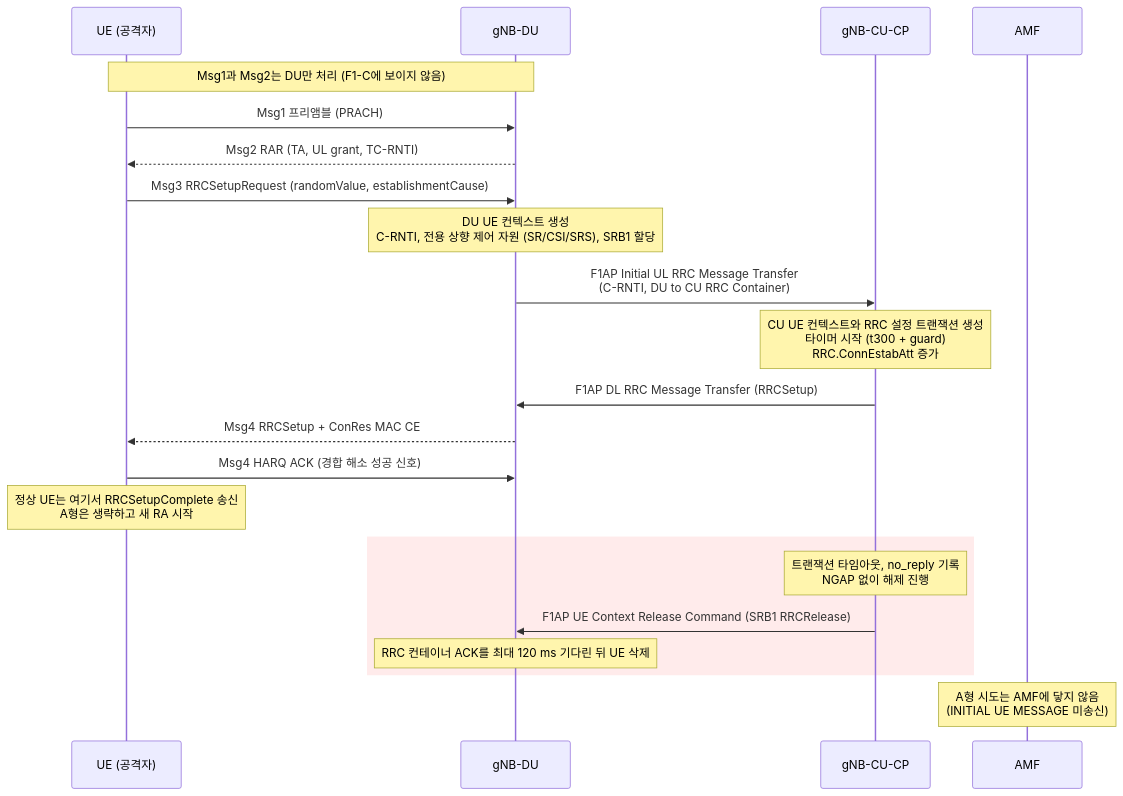
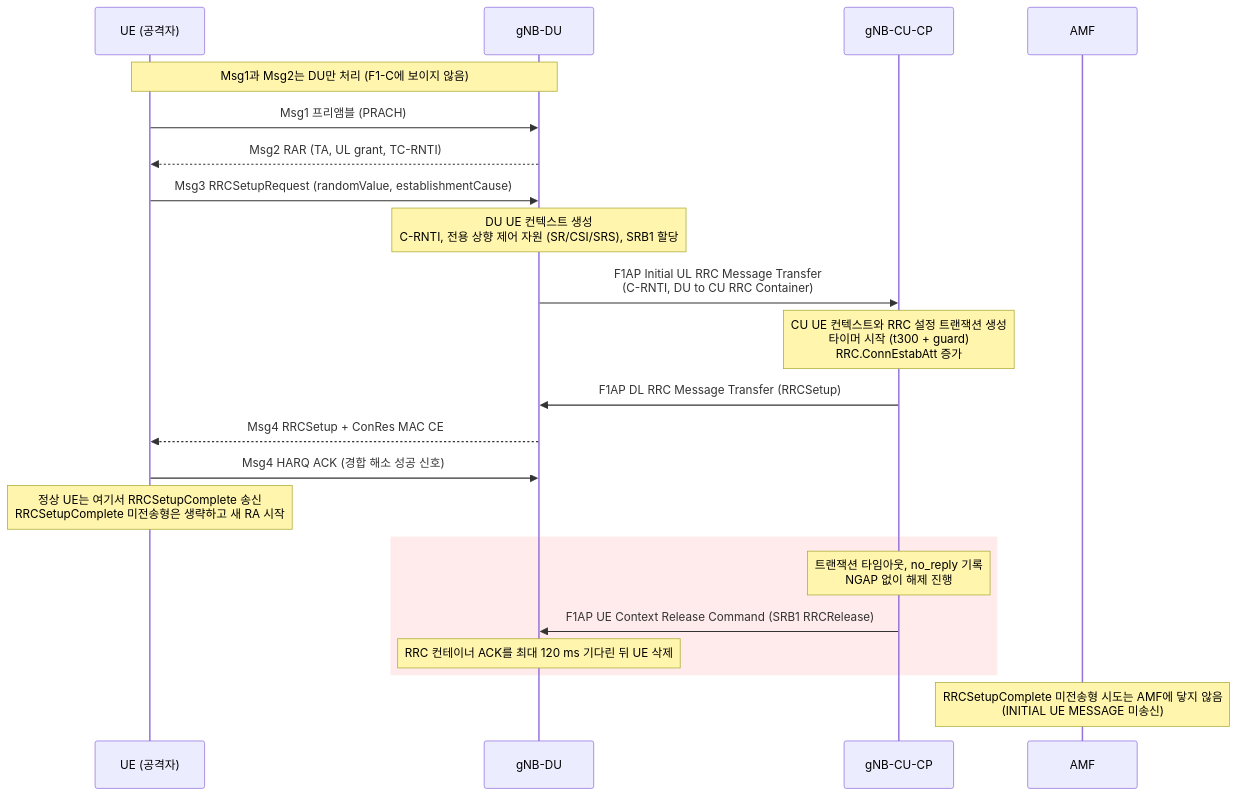
Before and after one commit to portranproject/ran-attack-reproducers: the fourth of 4 diagrams in rss-theory.md, drawn with Mermaid. The commit also changed other lines of this file and 115 other files, not shown here.

````diff
--- a/rss-theory.md
+++ b/rss-theory.md
@@ -385,24 +385,24 @@
 ```mermaid
 sequenceDiagram
     participant UE as UE (공격자)
     participant DU as gNB-DU
     participant CUCP as gNB-CU-CP
     participant AMF
     Note over UE,DU: Msg1과 Msg2는 DU만 처리 (F1-C에 보이지 않음)
     UE->>DU: Msg1 프리앰블 (PRACH)
     DU-->>UE: Msg2 RAR (TA, UL grant, TC-RNTI)
     UE->>DU: Msg3 RRCSetupRequest (randomValue, establishmentCause)
     Note over DU: DU UE 컨텍스트 생성<br/>C-RNTI, 전용 상향 제어 자원 (SR/CSI/SRS), SRB1 할당
     DU->>CUCP: F1AP Initial UL RRC Message Transfer<br/>(C-RNTI, DU to CU RRC Container)
     Note over CUCP: CU UE 컨텍스트와 RRC 설정 트랜잭션 생성<br/>타이머 시작 (t300 + guard)<br/>RRC.ConnEstabAtt 증가
     CUCP->>DU: F1AP DL RRC Message Transfer (RRCSetup)
     DU-->>UE: Msg4 RRCSetup + ConRes MAC CE
     UE->>DU: Msg4 HARQ ACK (경합 해소 성공 신호)
-    Note over UE: 정상 UE는 여기서 RRCSetupComplete 송신<br/>A형은 생략하고 새 RA 시작
+    Note over UE: 정상 UE는 여기서 RRCSetupComplete 송신<br/>RRCSetupComplete 미전송형은 생략하고 새 RA 시작
     rect rgb(255,235,235)
         Note over CUCP: 트랜잭션 타임아웃, no_reply 기록<br/>NGAP 없이 해제 진행
         CUCP->>DU: F1AP UE Context Release Command (SRB1 RRCRelease)
         Note over DU: RRC 컨테이너 ACK를 최대 120 ms 기다린 뒤 UE 삭제
     end
-    Note over AMF: A형 시도는 AMF에 닿지 않음<br/>(INITIAL UE MESSAGE 미송신)
+    Note over AMF: RRCSetupComplete 미전송형 시도는 AMF에 닿지 않음<br/>(INITIAL UE MESSAGE 미송신)
 ```
````
